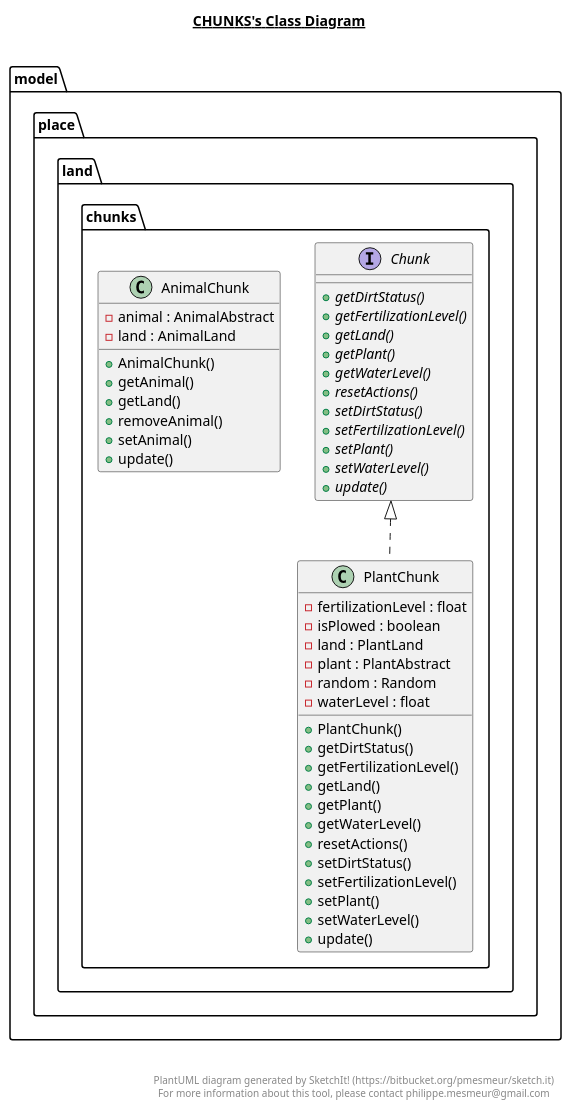
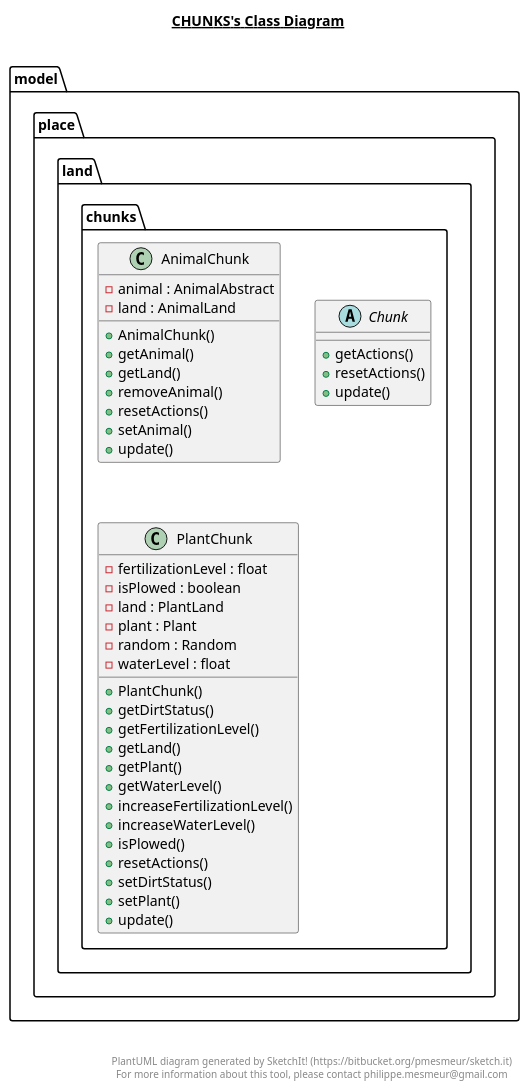
The diagram in FarmSimulator/src/main/java/model/place/land/chunks/chunks.plantuml (itsPinguiz/Progetto_PMO), drawn with PlantUML before and after one commit. The commit also changed 26 other files, not shown here.

```diff
--- a/FarmSimulator/src/main/java/model/place/land/chunks/chunks.plantuml
+++ b/FarmSimulator/src/main/java/model/place/land/chunks/chunks.plantuml
@@ -1,88 +1,81 @@
 @startuml
 
 title __CHUNKS's Class Diagram__\n
 
   namespace model {
     namespace place {
       namespace land {
         namespace chunks {
           class model.place.land.chunks.AnimalChunk {
               - animal : AnimalAbstract
               - land : AnimalLand
               + AnimalChunk()
               + getAnimal()
               + getLand()
               + removeAnimal()
+              + resetActions()
               + setAnimal()
               + update()
           }
         }
       }
     }
   }
   
 
   namespace model {
     namespace place {
       namespace land {
         namespace chunks {
-          interface model.place.land.chunks.Chunk {
-              {abstract} + getDirtStatus()
-              {abstract} + getFertilizationLevel()
-              {abstract} + getLand()
-              {abstract} + getPlant()
-              {abstract} + getWaterLevel()
-              {abstract} + resetActions()
-              {abstract} + setDirtStatus()
-              {abstract} + setFertilizationLevel()
-              {abstract} + setPlant()
-              {abstract} + setWaterLevel()
-              {abstract} + update()
+          abstract class model.place.land.chunks.Chunk {
+              + getActions()
+              + resetActions()
+              + update()
           }
         }
       }
     }
   }
   
 
   namespace model {
     namespace place {
       namespace land {
         namespace chunks {
           class model.place.land.chunks.PlantChunk {
               - fertilizationLevel : float
               - isPlowed : boolean
               - land : PlantLand
-              - plant : PlantAbstract
+              - plant : Plant
               - random : Random
               - waterLevel : float
               + PlantChunk()
               + getDirtStatus()
               + getFertilizationLevel()
               + getLand()
               + getPlant()
               + getWaterLevel()
+              + increaseFertilizationLevel()
+              + increaseWaterLevel()
+              + isPlowed()
               + resetActions()
               + setDirtStatus()
-              + setFertilizationLevel()
               + setPlant()
-              + setWaterLevel()
               + update()
           }
         }
       }
     }
   }
   
 
-  model.place.land.chunks.PlantChunk .up.|> Chunk
 
 
 right footer
 
 
 PlantUML diagram generated by SketchIt! (https://bitbucket.org/pmesmeur/sketch.it)
 For more information about this tool, please contact philippe.mesmeur@gmail.com
 endfooter
 
 @enduml
```
